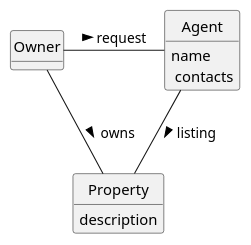
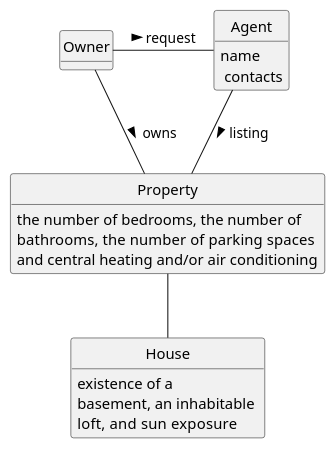
The diagram in docs/sprintA/us004/02.analysis/puml/us004-domain-model.puml (Rodrick0209/ISEP-LAPR2-22-23), drawn with PlantUML before and after one commit. The commit also changed 1 other file, not shown here.

```diff
--- a/docs/sprintA/us004/02.analysis/puml/us004-domain-model.puml
+++ b/docs/sprintA/us004/02.analysis/puml/us004-domain-model.puml
@@ -1,44 +1,50 @@
 @startuml
 skinparam monochrome true
 skinparam packageStyle rectangle
 skinparam shadowing false
 
 'left to right direction
 
 skinparam classAttributeIconSize 0
 
 hide circle
 hide methods
 
 
 'title Domain Model
 
 'class Platform {
 '  -description
 '}
 
 class Owner
 
+class House{
+existence of a
+basement, an inhabitable \nloft,  and sun exposure
+}
+
 class Property  {
-   description
+    the number of bedrooms, the number of \nbathrooms,  the number of parking spaces \nand central heating and/or air conditioning
 }
 
 class Agent {
     name \n contacts
 
 }
 
 'class User {
 '    name
 '    email
 '    password
 '}
 
 'Platform  -- "*" Owner : has registered >
 'Platform -- "*" Category : defines >
 Owner  -Agent : request >
 Owner  - Property: owns >
 'Property  --  Real Estate Agent: created by >
 Agent  --  Property : listing >
 'Agent  --  User: acts as >
+Property -- House
 @enduml
```
